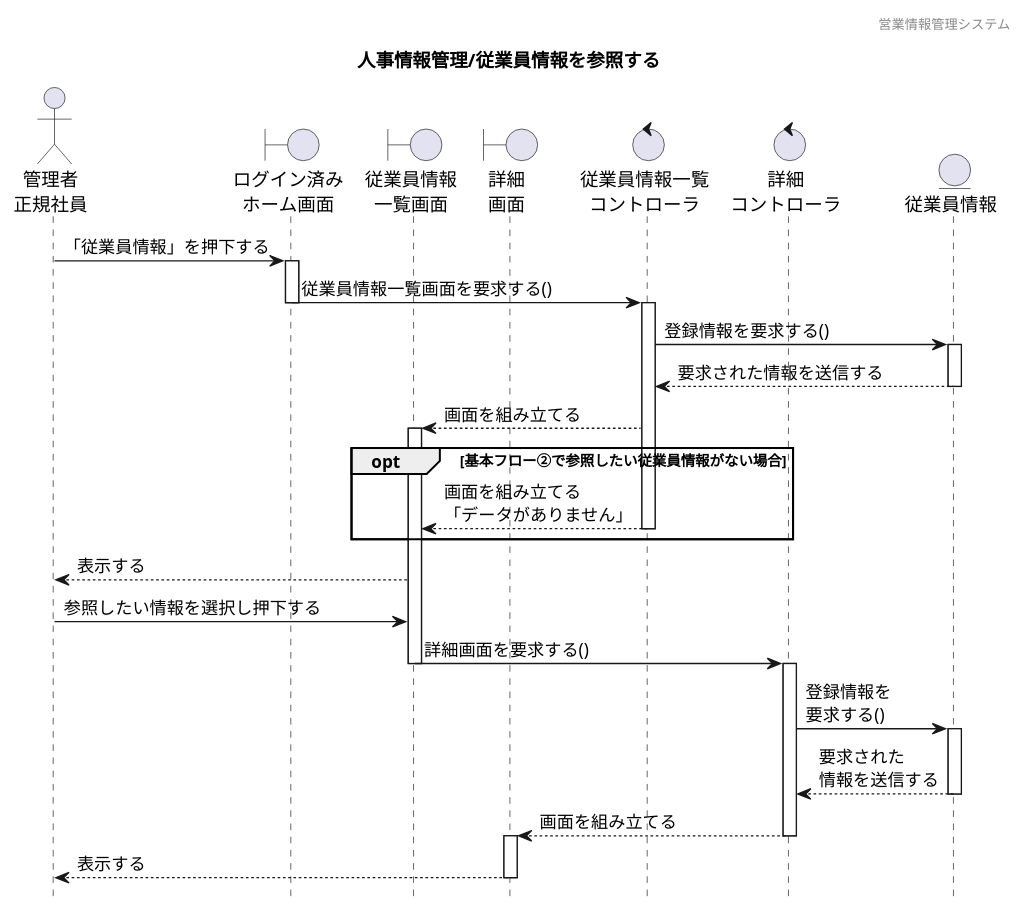
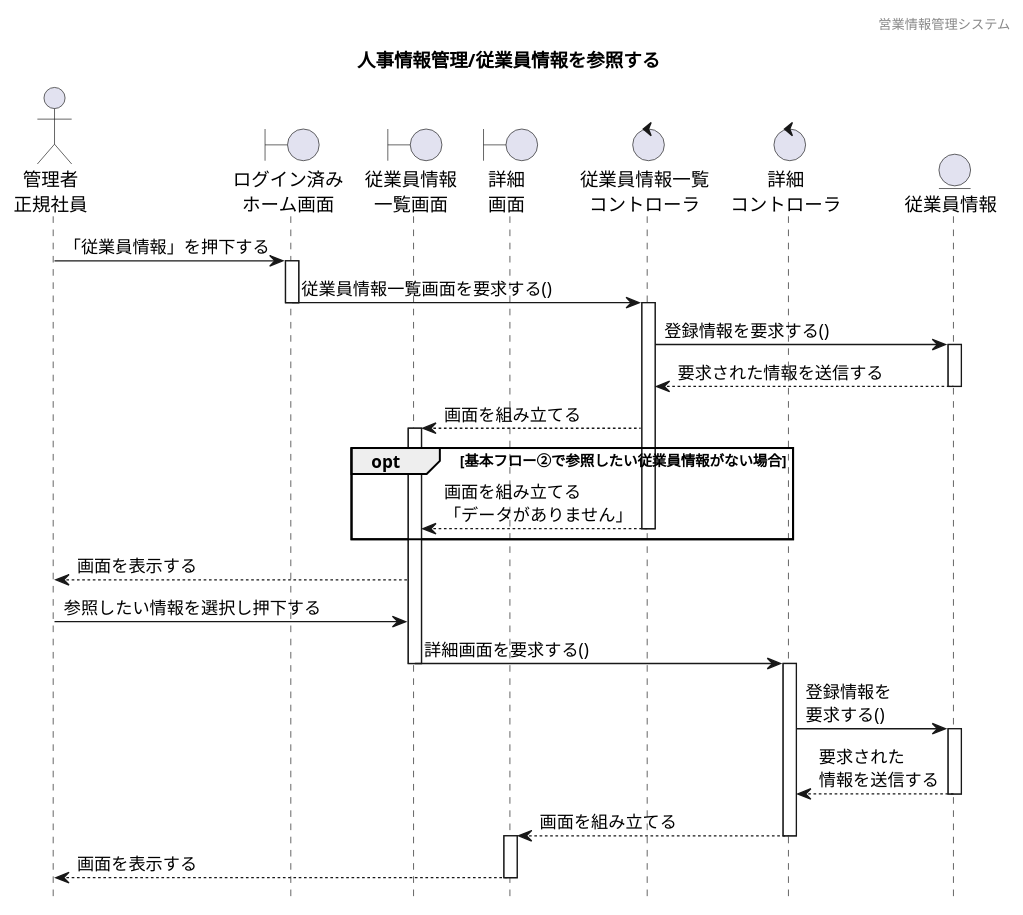
One commit to HaruShim/Sotuken changed the diagram in 各種設計書/4シーケンス図/マスタ管理/1.従業員情報マスタ/従業員情報管理_参照.plantuml. Above: the diagram before and after it, drawn with PlantUML. The commit also changed 1 other file, not shown here.

```diff
--- a/各種設計書/4シーケンス図/マスタ管理/1.従業員情報マスタ/従業員情報管理_参照.plantuml
+++ b/各種設計書/4シーケンス図/マスタ管理/1.従業員情報マスタ/従業員情報管理_参照.plantuml
@@ -1,66 +1,66 @@
 @startuml シーケンス図
 
 ' 下アイコン除去
 hide footbox
 ' ヘッダー
 header 営業情報管理システム
 ' タイトル
 title 人事情報管理/従業員情報を参照する
 
 
 ' actor "" as 
 actor "管理者\n正規社員" as a1
 
 ' boundary "" as 
 boundary "ログイン済み\nホーム画面" as b1
 boundary "従業員情報\n一覧画面" as b2
 boundary "詳細\n画面" as b3
 
 ' control "" as 
 control "従業員情報一覧\nコントローラ" as c1
 control "詳細\nコントローラ" as c2
 
 ' entity "" as
 entity "従業員情報" as e1
 
 
 ' ログイン済みホーム画面から一覧表示までのシーケンス
 a1 -> b1 : 「従業員情報」を押下する
 activate b1
 b1 -> c1 : 従業員情報一覧画面を要求する()
 deactivate b1
 activate c1
 c1 -> e1 : 登録情報を要求する()
 activate e1
 c1 <-- e1 : 要求された情報を送信する
 deactivate e1
 b2 <-- c1 : 画面を組み立てる
 activate b2
 
 ' 代替フロー
 opt 基本フロー②で参照したい従業員情報がない場合
 b2 <-- c1 : 画面を組み立てる\n「データがありません」
 deactivate c1
 end
 
 activate b2
-a1 <-- b2 : 表示する
+a1 <-- b2 : 画面を表示する
 a1 -> b2 : 参照したい情報を選択し押下する
 b2 -> c2 : 詳細画面を要求する()
 deactivate b2
 activate c2
 
 
 c2 -> e1 : 登録情報を\n要求する()
 activate e1
 c2 <-- e1 : 要求された\n情報を送信する
 deactivate e1
 b3 <-- c2 : 画面を組み立てる
 deactivate c2
 activate b3
-a1 <-- b3 : 表示する
+a1 <-- b3 : 画面を表示する
 deactivate b3
 
 
 
 @enduml
```
